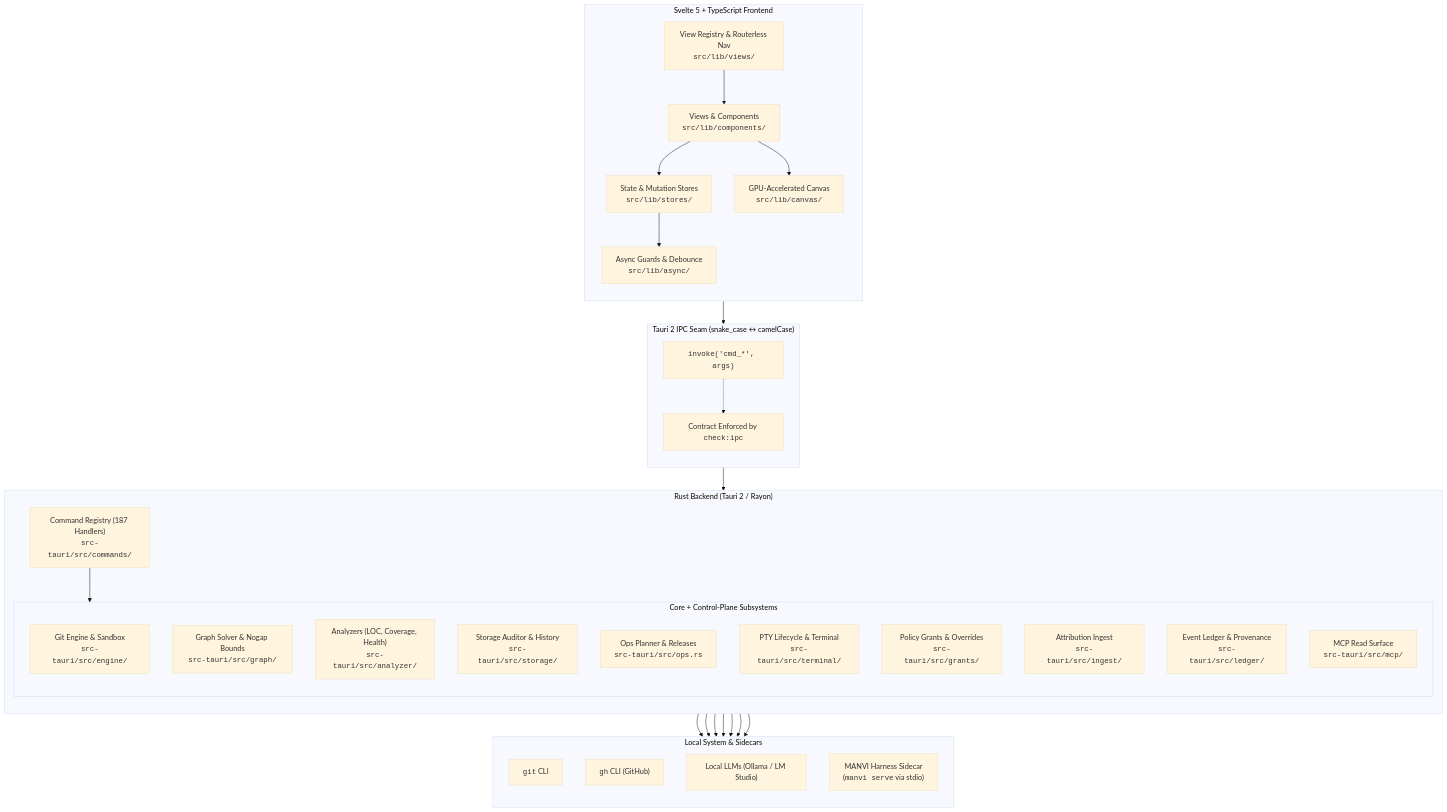
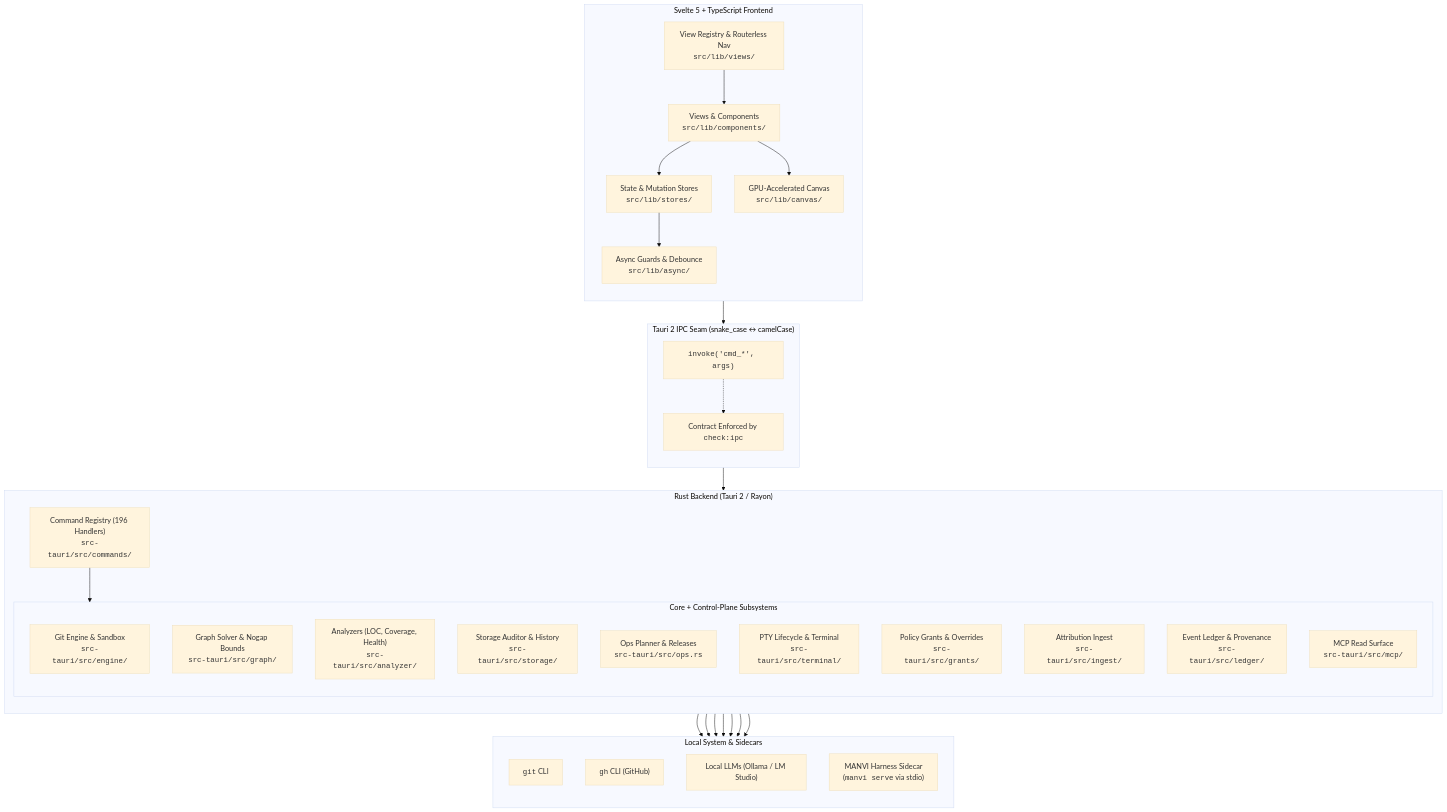
Before and after one commit to bharathvbcr/GitPulse: the first of 4 diagrams in docs/ARCHITECTURE.md, drawn with Mermaid (base theme). The commit also changed other lines of this file and 43 other files, not shown here.

````diff
--- a/docs/ARCHITECTURE.md
+++ b/docs/ARCHITECTURE.md
@@ -5,61 +5,61 @@
 ```mermaid
 flowchart TB
     subgraph Frontend["Svelte 5 + TypeScript Frontend"]
         direction TB
         UI["Views & Components<br/><code>src/lib/components/</code>"]
         Stores["State & Mutation Stores<br/><code>src/lib/stores/</code>"]
         Registry["View Registry & Routerless Nav<br/><code>src/lib/views/</code>"]
         Canvas["GPU-Accelerated Canvas<br/><code>src/lib/canvas/</code>"]
         Async["Async Guards & Debounce<br/><code>src/lib/async/</code>"]
         
         UI --> Stores
         UI --> Canvas
         Stores --> Async
         Registry --> UI
     end
 
     subgraph IPC["Tauri 2 IPC Seam (snake_case ↔ camelCase)"]
         direction TB
         Invoke["<code>invoke('cmd_*', args)</code>"]
         ContractCheck["Contract Enforced by <code>check:ipc</code>"]
         Invoke -.-> ContractCheck
     end
 
     subgraph Backend["Rust Backend (Tauri 2 / Rayon)"]
         direction TB
-        CmdRegistry["Command Registry (187 Handlers)<br/><code>src-tauri/src/commands/</code>"]
+        CmdRegistry["Command Registry (196 Handlers)<br/><code>src-tauri/src/commands/</code>"]
         
         subgraph Subsystems["Core + Control-Plane Subsystems"]
             GitEngine["Git Engine & Sandbox<br/><code>src-tauri/src/engine/</code>"]
             GraphSolver["Graph Solver & Nogap Bounds<br/><code>src-tauri/src/graph/</code>"]
             Analyzers["Analyzers (LOC, Coverage, Health)<br/><code>src-tauri/src/analyzer/</code>"]
             StorageAuditor["Storage Auditor & History<br/><code>src-tauri/src/storage/</code>"]
             OpsPlanner["Ops Planner & Releases<br/><code>src-tauri/src/ops.rs</code>"]
             PtyTerminal["PTY Lifecycle & Terminal<br/><code>src-tauri/src/terminal/</code>"]
             Grants["Policy Grants & Overrides<br/><code>src-tauri/src/grants/</code>"]
             Ingest["Attribution Ingest<br/><code>src-tauri/src/ingest/</code>"]
             Ledger["Event Ledger & Provenance<br/><code>src-tauri/src/ledger/</code>"]
             MCP["MCP Read Surface<br/><code>src-tauri/src/mcp/</code>"]
         end
         
         CmdRegistry --> Subsystems
     end
 
     subgraph External["Local System & Sidecars"]
         direction TB
         LocalGit["<code>git</code> CLI"]
         LocalGh["<code>gh</code> CLI (GitHub)"]
         LocalLLM["Local LLMs (Ollama / LM Studio)"]
         ManviSidecar["MANVI Harness Sidecar<br/>(<code>manvi serve</code> via stdio)"]
     end
 
     Async --> Invoke
     Invoke --> CmdRegistry
     GitEngine --> LocalGit
     Analyzers --> LocalGit
     Analyzers --> LocalGh
     Analyzers --> LocalLLM
     OpsPlanner --> LocalGh
     OpsPlanner --> ManviSidecar
     Subsystems --> ManviSidecar
 ```
````
